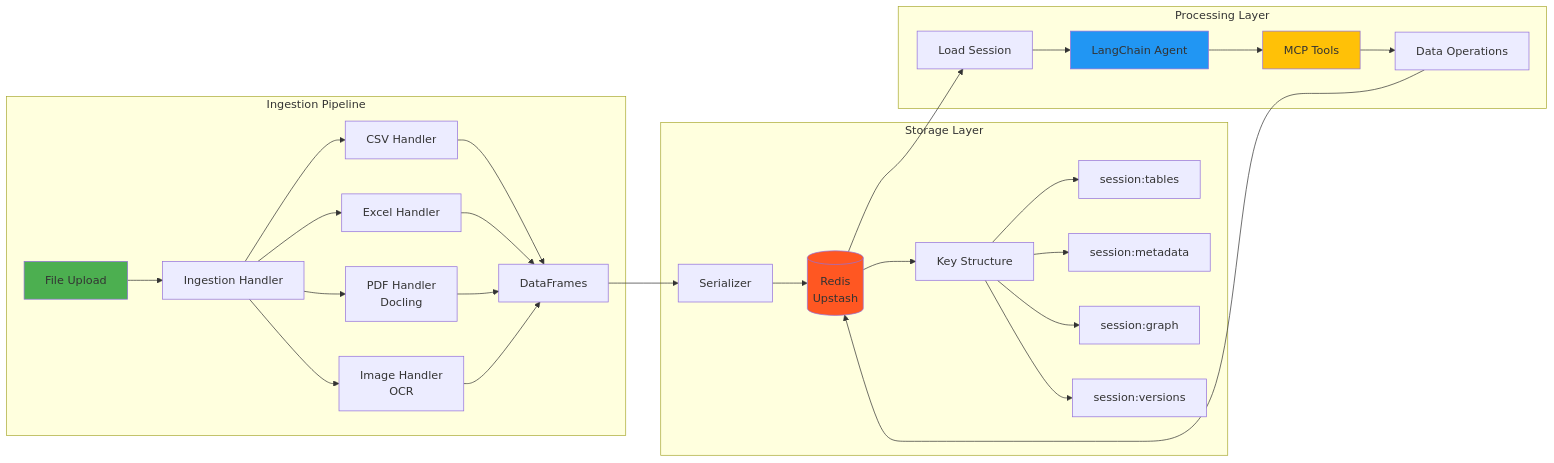
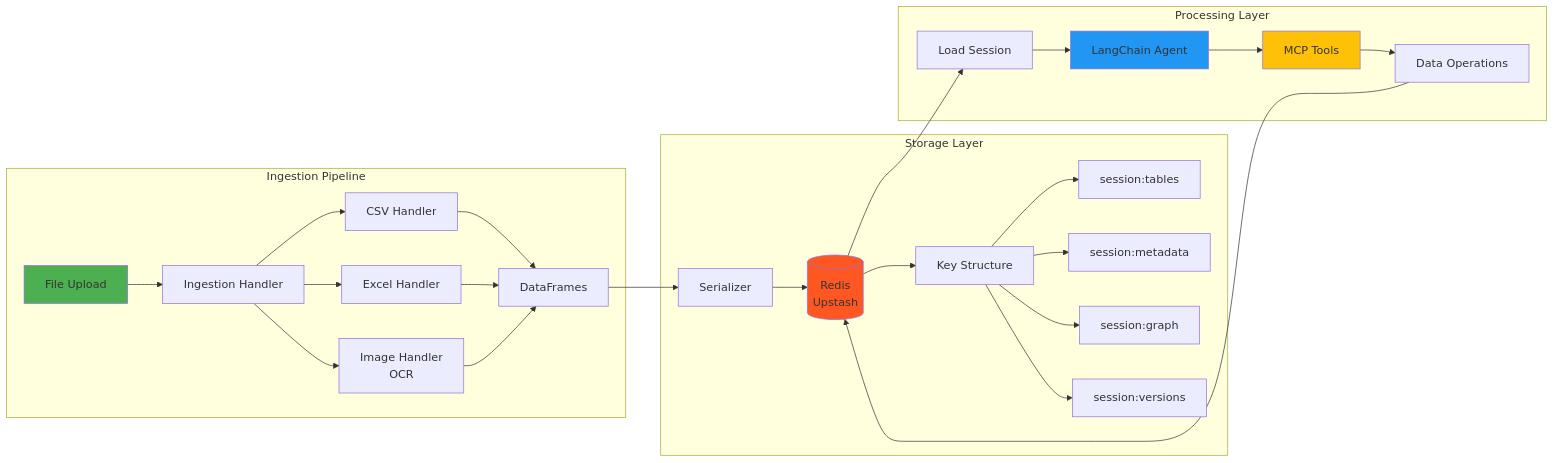
The second of 9 diagrams in README.md (shivansh-2003/Data-Assistant), drawn with Mermaid before and after one commit. The commit also changed other lines of this file and 8 other files, not shown here.

Commit message:
pdf handler due to memeroy issue

````diff
--- a/README.md
+++ b/README.md
@@ -151,38 +151,36 @@
 ```mermaid
 graph LR
     subgraph "Ingestion Pipeline"
         F[File Upload] --> IH[Ingestion Handler]
         IH --> CSV[CSV Handler]
         IH --> XLS[Excel Handler]
-        IH --> PDF[PDF Handler<br/>Docling]
         IH --> IMG[Image Handler<br/>OCR]
         
         CSV --> DF[DataFrames]
         XLS --> DF
-        PDF --> DF
         IMG --> DF
     end
     
     subgraph "Storage Layer"
         DF --> SER[Serializer]
         SER --> RED[(Redis<br/>Upstash)]
         RED --> KEYS[Key Structure]
         KEYS --> ST[session:tables]
         KEYS --> SM[session:metadata]
         KEYS --> SG[session:graph]
         KEYS --> SV[session:versions]
     end
     
     subgraph "Processing Layer"
         RED --> LOAD[Load Session]
         LOAD --> AGENT[LangChain Agent]
         AGENT --> TOOLS[MCP Tools]
         TOOLS --> OPS[Data Operations]
         OPS --> RED
     end
     
     style F fill:#4CAF50
     style RED fill:#FF5722
     style AGENT fill:#2196F3
     style TOOLS fill:#FFC107
 ```
````
